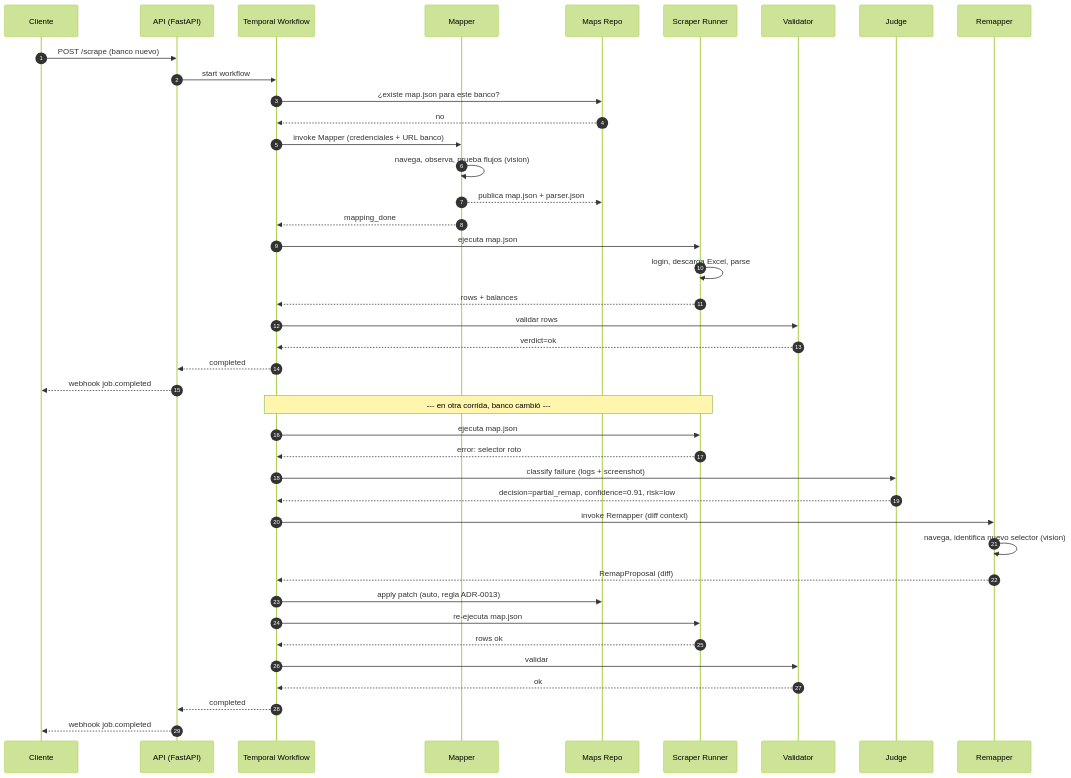
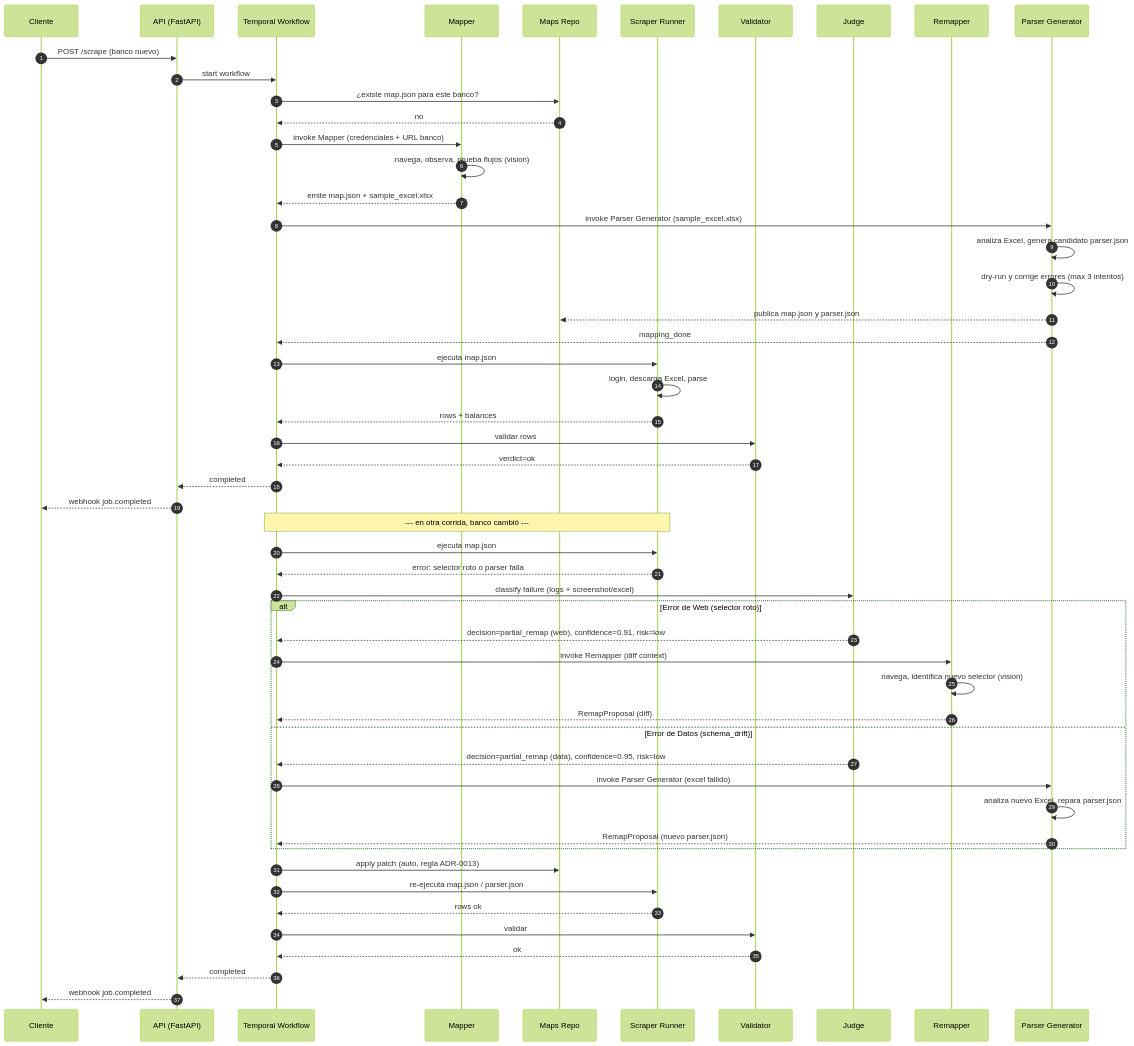
Before and after one commit to miketela/open-banca: the first of 2 diagrams in docs/01-architecture/multi-agent.md, drawn with Mermaid (forest theme). The commit also changed other lines of this file and 9 other files, not shown here.

````diff
--- a/docs/01-architecture/multi-agent.md
+++ b/docs/01-architecture/multi-agent.md
@@ -17,52 +18,68 @@
 ```mermaid
 sequenceDiagram
     autonumber
     %% Participantes en la coreografía multi-agente
     participant Cli as Cliente
     participant API as API (FastAPI)
     participant T as Temporal Workflow
     participant M as Mapper
     participant Maps as Maps Repo
     participant R as Scraper Runner
     participant V as Validator
     participant J as Judge
     participant RM as Remapper
 
     %% Fase 0: mapeo inicial (one-time por banco)
     Cli->>API: POST /scrape (banco nuevo)
     API->>T: start workflow
     T->>Maps: ¿existe map.json para este banco?
     Maps-->>T: no
     T->>M: invoke Mapper (credenciales + URL banco)
     M->>M: navega, observa, prueba flujos (vision)
-    M-->>Maps: publica map.json + parser.json
-    M-->>T: mapping_done
+    M-->>T: emite map.json + sample_excel.xlsx
+
+    %% Fase 0.5: generación de parser (one-time)
+    participant PG as Parser Generator
+    T->>PG: invoke Parser Generator (sample_excel.xlsx)
+    PG->>PG: analiza Excel, genera candidato parser.json
+    PG->>PG: dry-run y corrige errores (max 3 intentos)
+    PG-->>Maps: publica map.json y parser.json
+    PG-->>T: mapping_done
 
     %% Fase 1: scrape determinístico (cada corrida)
     T->>R: ejecuta map.json
     R->>R: login, descarga Excel, parse
     R-->>T: rows + balances
 
     %% Fase 2: validación
     T->>V: validar rows
     V-->>T: verdict=ok
     T-->>API: completed
     API-->>Cli: webhook job.completed
 
     %% Fase 3 (alternativa): scrape rompe → Judge decide → Remapper
     Note over R,T: --- en otra corrida, banco cambió ---
     T->>R: ejecuta map.json
-    R-->>T: error: selector roto
-    T->>J: classify failure (logs + screenshot)
-    J-->>T: decision=partial_remap, confidence=0.91, risk=low
-    T->>RM: invoke Remapper (diff context)
-    RM->>RM: navega, identifica nuevo selector (vision)
-    RM-->>T: RemapProposal (diff)
+    R-->>T: error: selector roto o parser falla
+    T->>J: classify failure (logs + screenshot/excel)
+    
+    alt Error de Web (selector roto)
+        J-->>T: decision=partial_remap (web), confidence=0.91, risk=low
+        T->>RM: invoke Remapper (diff context)
+        RM->>RM: navega, identifica nuevo selector (vision)
+        RM-->>T: RemapProposal (diff)
+    else Error de Datos (schema_drift)
+        J-->>T: decision=partial_remap (data), confidence=0.95, risk=low
+        T->>PG: invoke Parser Generator (excel fallido)
+        PG->>PG: analiza nuevo Excel, repara parser.json
+        PG-->>T: RemapProposal (nuevo parser.json)
+    end
+    
     T->>Maps: apply patch (auto, regla ADR-0013)
-    T->>R: re-ejecuta map.json
+    T->>R: re-ejecuta map.json / parser.json
     R-->>T: rows ok
     T->>V: validar
     V-->>T: ok
     T-->>API: completed
     API-->>Cli: webhook job.completed
 ```
````
